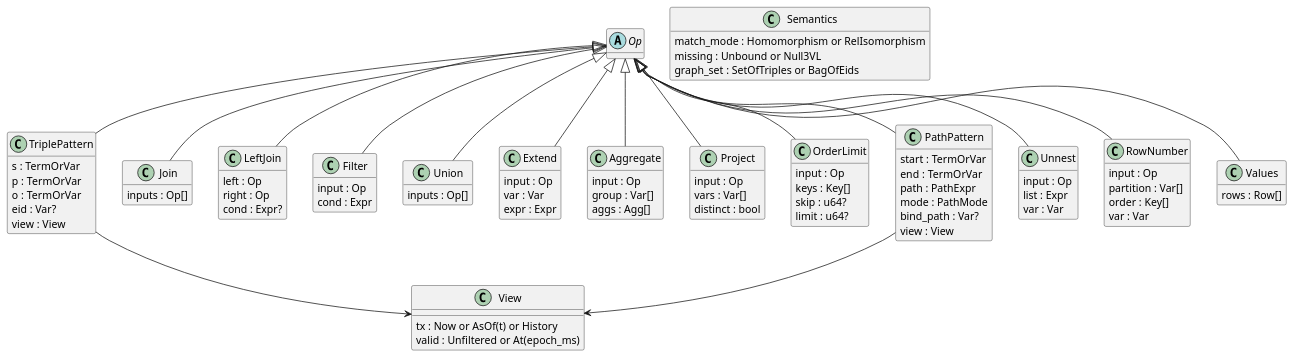
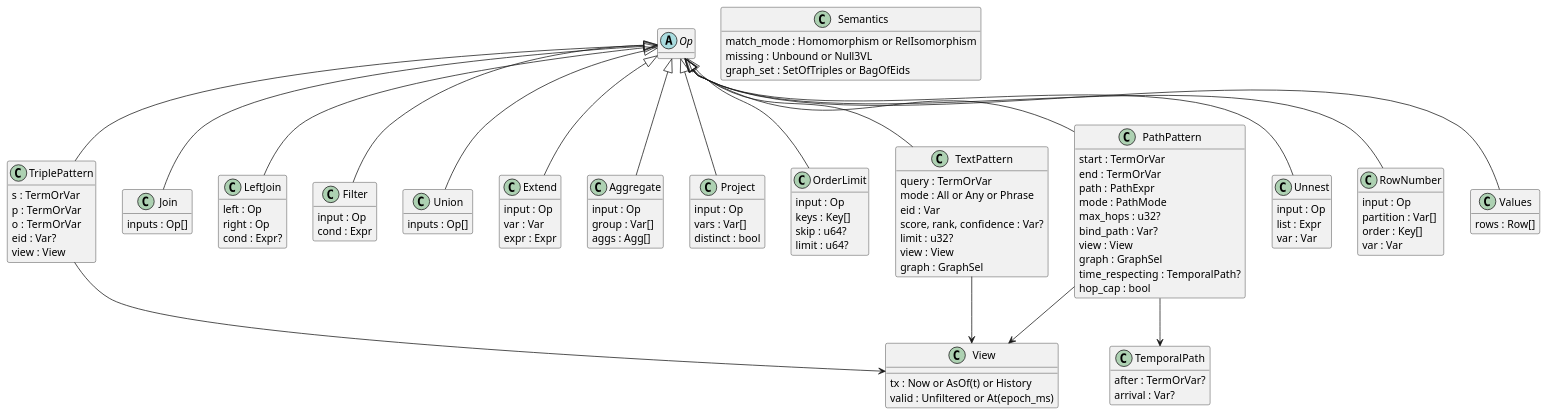
Before and after one commit to Volland/tiramemsu: the first of 12 diagrams in lat.md/query.md, drawn with PlantUML. The commit also changed other lines of this file and 6 other files, not shown here.

Commit message:
lat.md: how the 0.3 features work, architecture, crate and deployment diagrams

````diff
--- a/lat.md/query.md
+++ b/lat.md/query.md
@@ -59,8 +59,25 @@
   end : TermOrVar
   path : PathExpr
   mode : PathMode
+  max_hops : u32?
   bind_path : Var?
   view : View
+  graph : GraphSel
+  time_respecting : TemporalPath?
+  hop_cap : bool
+}
+class TextPattern {
+  query : TermOrVar
+  mode : All or Any or Phrase
+  eid : Var
+  score, rank, confidence : Var?
+  limit : u32?
+  view : View
+  graph : GraphSel
+}
+class TemporalPath {
+  after : TermOrVar?
+  arrival : Var?
 }
 class Unnest {
   input : Op
@@ -98,7 +115,10 @@
 Op <|-- Values
 Op <|-- Unnest
 Op <|-- RowNumber
+Op <|-- TextPattern
 TriplePattern --> View
 PathPattern --> View
+PathPattern --> TemporalPath
+TextPattern --> View
 @enduml
 ```
````
